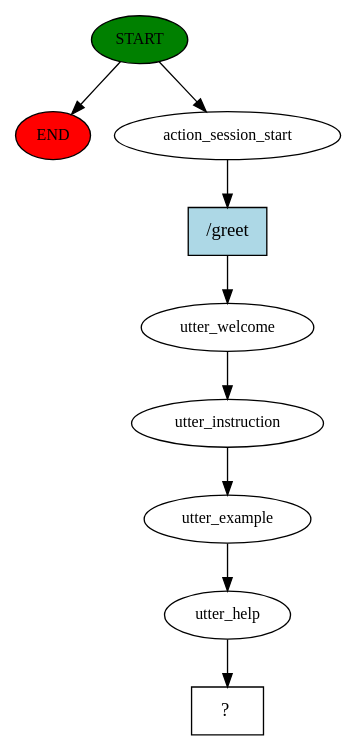
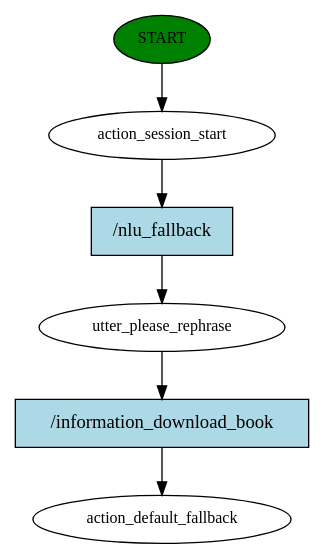
The diagram in story_graph.dot (FrancisTembo/libbot), drawn with Graphviz before and after one commit. The commit also changed 8 other files, not shown here.

Commit message:
failure point: action_nlu_fallback error

```diff
--- a/story_graph.dot
+++ b/story_graph.dot
@@ -1,19 +1,13 @@
 digraph  {
 0 [class="start active", fillcolor=green, fontsize=12, label=START, style=filled];
-"-1" [class=end, fillcolor=red, fontsize=12, label=END, style=filled];
 1 [class=active, fontsize=12, label=action_session_start];
-2 [class=active, fontsize=12, label=utter_welcome];
-3 [class=active, fontsize=12, label=utter_instruction];
-4 [class=active, fontsize=12, label=utter_example];
-5 [class=active, fontsize=12, label=utter_help];
-6 [class="intent dashed active", label="  ?  ", shape=rect];
-7 [class="intent active", fillcolor=lightblue, label="/greet", shape=rect, style=filled];
-0 -> "-1"  [class="", key=NONE, label=""];
+2 [class=active, fontsize=12, label=utter_please_rephrase];
+3 [class="dashed active", fontsize=12, label=action_default_fallback];
+4 [class="intent active", fillcolor=lightblue, label="/nlu_fallback", shape=rect, style=filled];
+5 [class="intent active", fillcolor=lightblue, label="/information_download_book", shape=rect, style=filled];
 0 -> 1  [class=active, key=NONE, label=""];
-1 -> 7  [class=active, key=0];
-2 -> 3  [class=active, key=NONE, label=""];
-3 -> 4  [class=active, key=NONE, label=""];
-4 -> 5  [class=active, key=NONE, label=""];
-5 -> 6  [class=active, key=NONE, label=""];
-7 -> 2  [class=active, key=0];
+1 -> 4  [class=active, key=0];
+2 -> 5  [class=active, key=0];
+4 -> 2  [class=active, key=0];
+5 -> 3  [class=active, key=0];
 }
```
